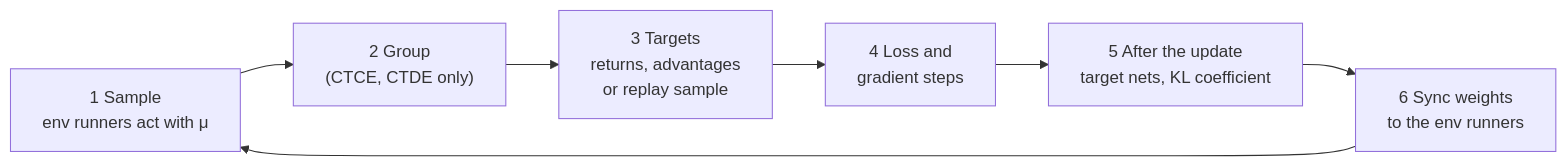
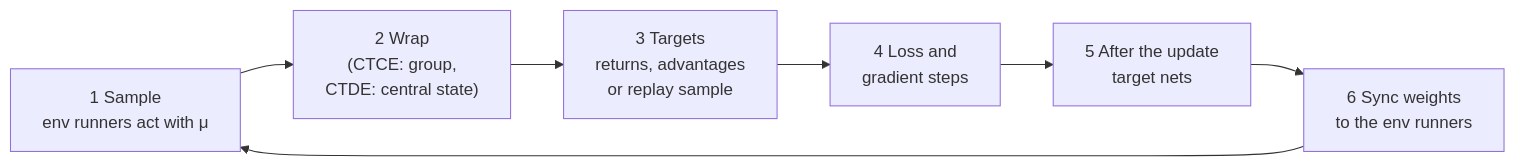
One commit to KevinRapo/P2P-thesis changed the diagram in docs/rl/training.md. Above: the diagram before and after it, drawn with Mermaid. The commit also changed other lines of this file and 3 other files, not shown here.

````diff
--- a/docs/rl/training.md
+++ b/docs/rl/training.md
@@ -46,9 +57,9 @@
 ```mermaid
 flowchart LR
-    A["1 Sample<br/>env runners act with &mu;"] --> B["2 Group<br/>(CTCE, CTDE only)"]
+    A["1 Sample<br/>env runners act with &mu;"] --> B["2 Wrap<br/>(CTCE: group,<br/>CTDE: central state)"]
     B --> C["3 Targets<br/>returns, advantages<br/>or replay sample"]
     C --> D["4 Loss and<br/>gradient steps"]
-    D --> E["5 After the update<br/>target nets, KL coefficient"]
+    D --> E["5 After the update<br/>target nets"]
     E --> F["6 Sync weights<br/>to the env runners"]
     F --> A
 ```
````
